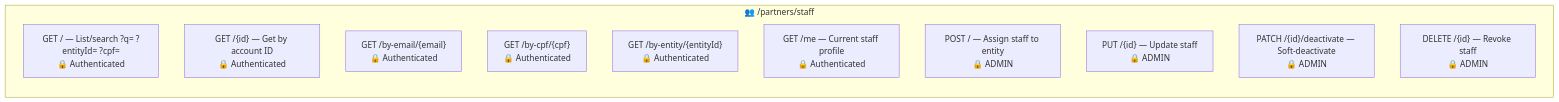
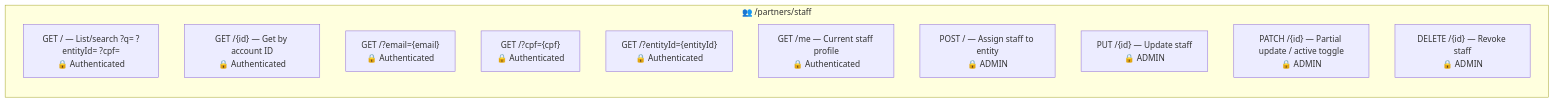
Before and after one commit to Plataforma-Universidade-Gratuita/pug-service: the third of 5 diagrams in src/main/java/br/org/catolicasc/pug/partner/README.md, drawn with Mermaid. The commit also changed other lines of this file and 89 other files, not shown here.

````diff
--- a/src/main/java/br/org/catolicasc/pug/partner/README.md
+++ b/src/main/java/br/org/catolicasc/pug/partner/README.md
@@ -77,16 +77,16 @@
 ```mermaid
 graph LR
     subgraph Staff["👥 /partners/staff"]
         direction TB
         GET_LIST["GET / — List/search ?q= ?entityId= ?cpf=<br/>🔒 Authenticated"]
         GET_ID["GET /{id} — Get by account ID<br/>🔒 Authenticated"]
-        GET_EMAIL["GET /by-email/{email}<br/>🔒 Authenticated"]
-        GET_CPF["GET /by-cpf/{cpf}<br/>🔒 Authenticated"]
-        GET_ENTITY["GET /by-entity/{entityId}<br/>🔒 Authenticated"]
+        GET_EMAIL["GET /?email={email}<br/>🔒 Authenticated"]
+        GET_CPF["GET /?cpf={cpf}<br/>🔒 Authenticated"]
+        GET_ENTITY["GET /?entityId={entityId}<br/>🔒 Authenticated"]
         GET_ME["GET /me — Current staff profile<br/>🔒 Authenticated"]
         POST["POST / — Assign staff to entity<br/>🔒 ADMIN"]
         PUT["PUT /{id} — Update staff<br/>🔒 ADMIN"]
-        PATCH["PATCH /{id}/deactivate — Soft-deactivate<br/>🔒 ADMIN"]
+        PATCH["PATCH /{id} — Partial update / active toggle<br/>🔒 ADMIN"]
         DELETE["DELETE /{id} — Revoke staff<br/>🔒 ADMIN"]
     end
 ```
````
